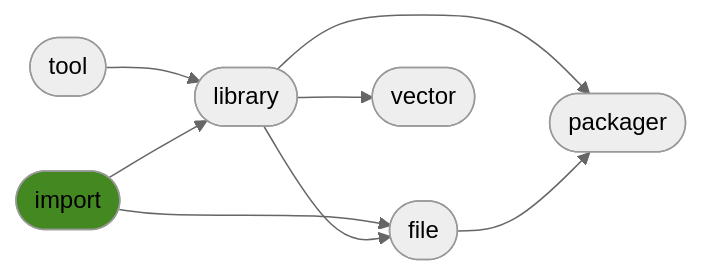
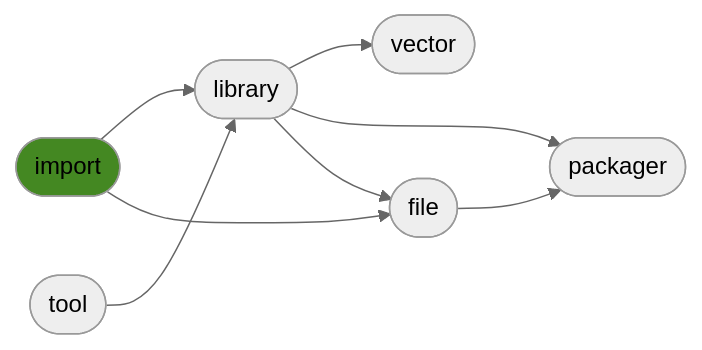
Before and after one commit to ManderaGeneral/generalimport: the diagram in README.md, drawn with Mermaid (neutral theme). The commit also changed other lines of this file, not shown here.

````diff
--- a/README.md
+++ b/README.md
@@ -28,17 +28,17 @@
 ```mermaid
 flowchart LR
-2([library]) --> 5([packager])
+3([file]) --> 5([packager])
 1([tool]) --> 2([library])
 2([library]) --> 4([vector])
+0([import]) --> 2([library])
+2([library]) --> 5([packager])
+2([library]) --> 3([file])
 0([import]) --> 3([file])
-2([library]) --> 3([file])
-3([file]) --> 5([packager])
-0([import]) --> 2([library])
 click 0 "https://github.com/ManderaGeneral/generalimport"
 click 1 "https://github.com/ManderaGeneral/generaltool"
 click 2 "https://github.com/ManderaGeneral/generallibrary"
 click 3 "https://github.com/ManderaGeneral/generalfile"
 click 4 "https://github.com/ManderaGeneral/generalvector"
 click 5 "https://github.com/ManderaGeneral/generalpackager"
 style 0 fill:#482
 ```
````
